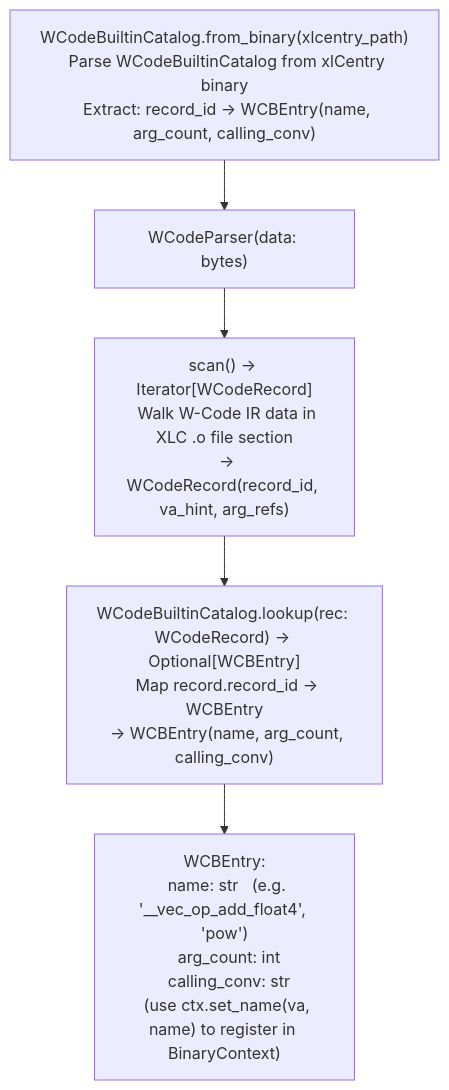
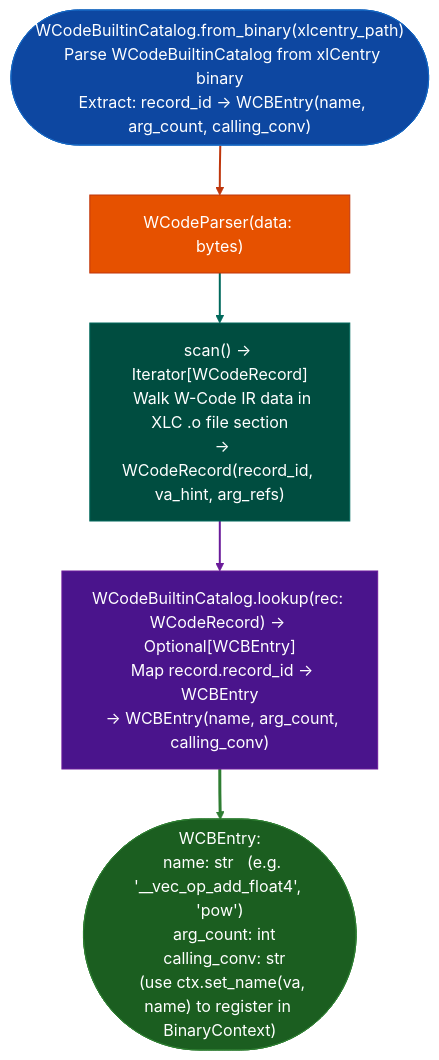
The diagram in docs/reference-modules/ibm-w-code-parsing.md (Ablation-Tool/ablation), drawn with Mermaid before and after one commit. The commit also changed 320 other files, not shown here.

First line of the commit message:
docs: apply canonical Mermaid template to all 321 diagrams

````diff
--- a/docs/reference-modules/ibm-w-code-parsing.md
+++ b/docs/reference-modules/ibm-w-code-parsing.md
@@ -19,7 +19,17 @@
 ```mermaid
 flowchart TD
-    A["WCodeBuiltinCatalog.from_binary(xlcentry_path)\n  Parse WCodeBuiltinCatalog from xlCentry binary\n  Extract: record_id → WCBEntry(name, arg_count, calling_conv)"] --> B["WCodeParser(data: bytes)"]
-    B --> C["scan() → Iterator[WCodeRecord]\n  Walk W-Code IR data in XLC .o file section\n  → WCodeRecord(record_id, va_hint, arg_refs)"]
-    C --> D["WCodeBuiltinCatalog.lookup(rec: WCodeRecord) → Optional[WCBEntry]\n  Map record.record_id → WCBEntry\n  → WCBEntry(name, arg_count, calling_conv)"]
-    D --> E["WCBEntry:\n  name: str   (e.g. '__vec_op_add_float4', 'pow')\n  arg_count: int\n  calling_conv: str\n  (use ctx.set_name(va, name) to register in BinaryContext)"]
+    A(["WCodeBuiltinCatalog.from_binary(xlcentry_path)\n  Parse WCodeBuiltinCatalog from xlCentry binary\n  Extract: record_id → WCBEntry(name, arg_count, calling_conv)"]):::input --> B["WCodeParser(data: bytes)"]:::primary
+    B:::primary --> C["scan() → Iterator[WCodeRecord]\n  Walk W-Code IR data in XLC .o file section\n  → WCodeRecord(record_id, va_hint, arg_refs)"]:::secondary
+    C:::secondary --> D["WCodeBuiltinCatalog.lookup(rec: WCodeRecord) → Optional[WCBEntry]\n  Map record.record_id → WCBEntry\n  → WCBEntry(name, arg_count, calling_conv)"]:::tertiary
+    D:::tertiary --> E(["WCBEntry:\n  name: str   (e.g. '__vec_op_add_float4', 'pow')\n  arg_count: int\n  calling_conv: str\n  (use ctx.set_name(va, name) to register in BinaryContext)"]):::output
+    classDef input     fill:#0d47a1,stroke:#1565c0,color:#fff
+    classDef primary   fill:#e65100,stroke:#bf360c,color:#fff
+    classDef secondary fill:#004d40,stroke:#00695c,color:#fff
+    classDef tertiary  fill:#4a148c,stroke:#6a1b9a,color:#fff
+    classDef neutral   fill:#37474f,stroke:#546e7a,color:#fff
+    classDef output    fill:#1b5e20,stroke:#2e7d32,color:#fff
+    linkStyle 0 stroke:#bf360c,stroke-width:2px
+    linkStyle 1 stroke:#00695c,stroke-width:2px
+    linkStyle 2 stroke:#6a1b9a,stroke-width:2px
+    linkStyle 3 stroke:#2e7d32,stroke-width:3px
 ```
````
